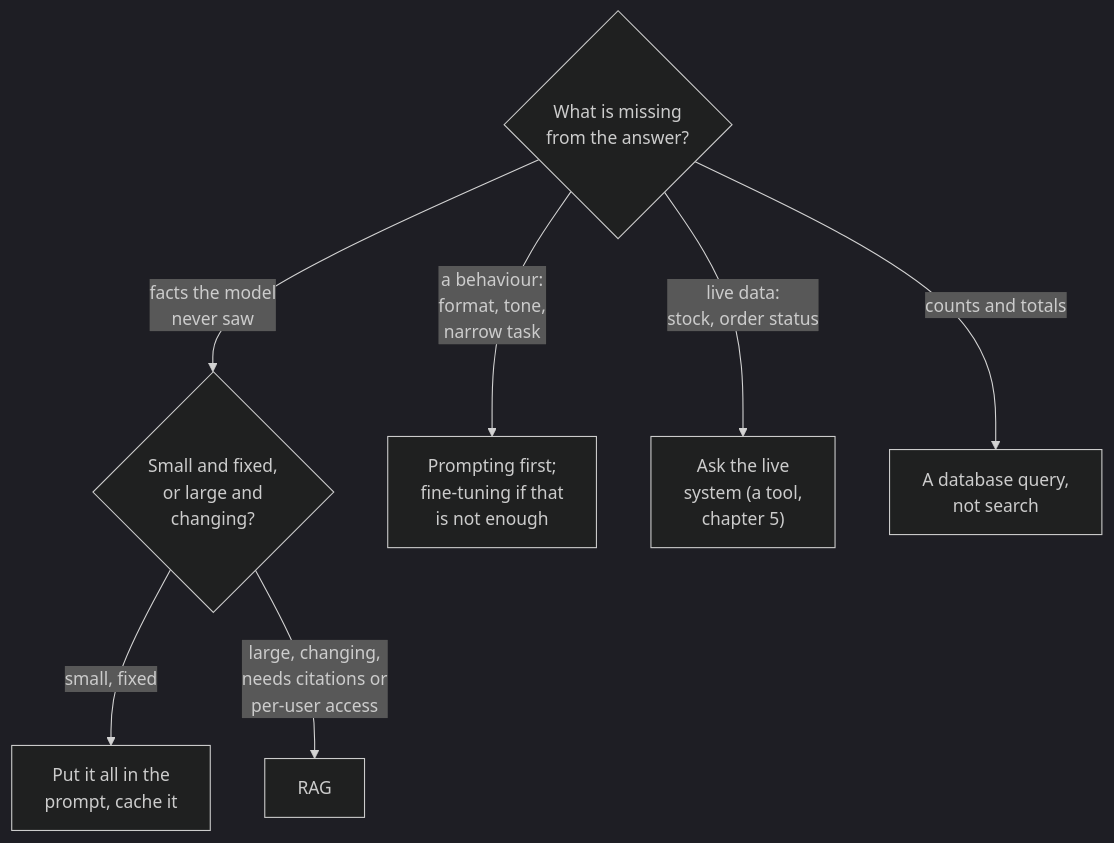
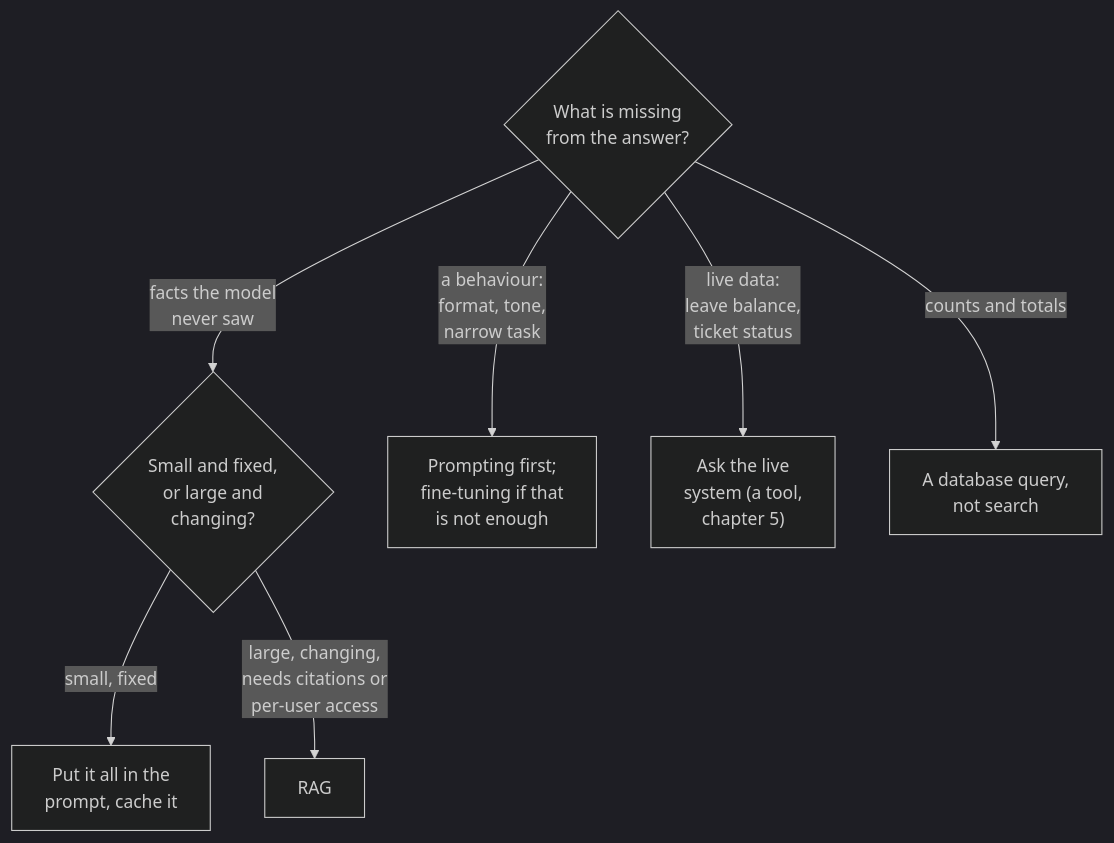
One commit to shubamchaudhary/CodeNITW changed the seventh of 8 diagrams in src/Data/aiStackDocs/CH-02.md. Above: the diagram before and after it, drawn with Mermaid (dark theme). The commit also changed other lines of this file and 32 other files, not shown here.

````diff
--- a/src/Data/aiStackDocs/CH-02.md
+++ b/src/Data/aiStackDocs/CH-02.md
@@ -254,9 +254,9 @@
 ```mermaid
 flowchart TB
     Q{"What is missing<br/>from the answer?"} -->|"facts the model<br/>never saw"| K{"Small and fixed,<br/>or large and<br/>changing?"}
     Q -->|"a behaviour:<br/>format, tone,<br/>narrow task"| B["Prompting first;<br/>fine-tuning if that<br/>is not enough"]
-    Q -->|"live data:<br/>stock, order status"| T["Ask the live<br/>system (a tool,<br/>chapter 5)"]
+    Q -->|"live data:<br/>leave balance,<br/>ticket status"| T["Ask the live<br/>system (a tool,<br/>chapter 5)"]
     Q -->|"counts and totals"| SQL["A database query,<br/>not search"]
     K -->|"small, fixed"| S["Put it all in the<br/>prompt, cache it"]
     K -->|"large, changing,<br/>needs citations or<br/>per-user access"| R["RAG"]
 ```
````
